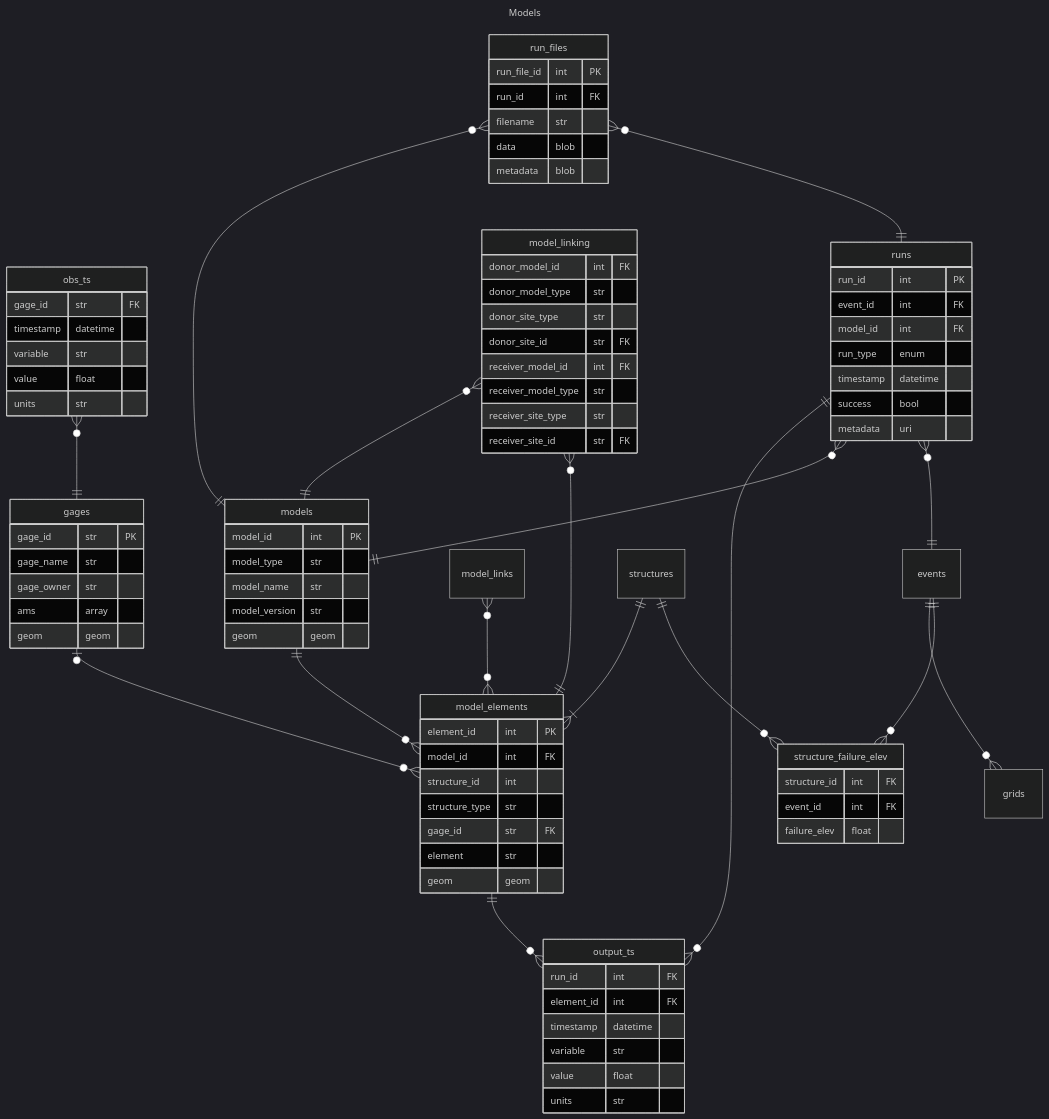
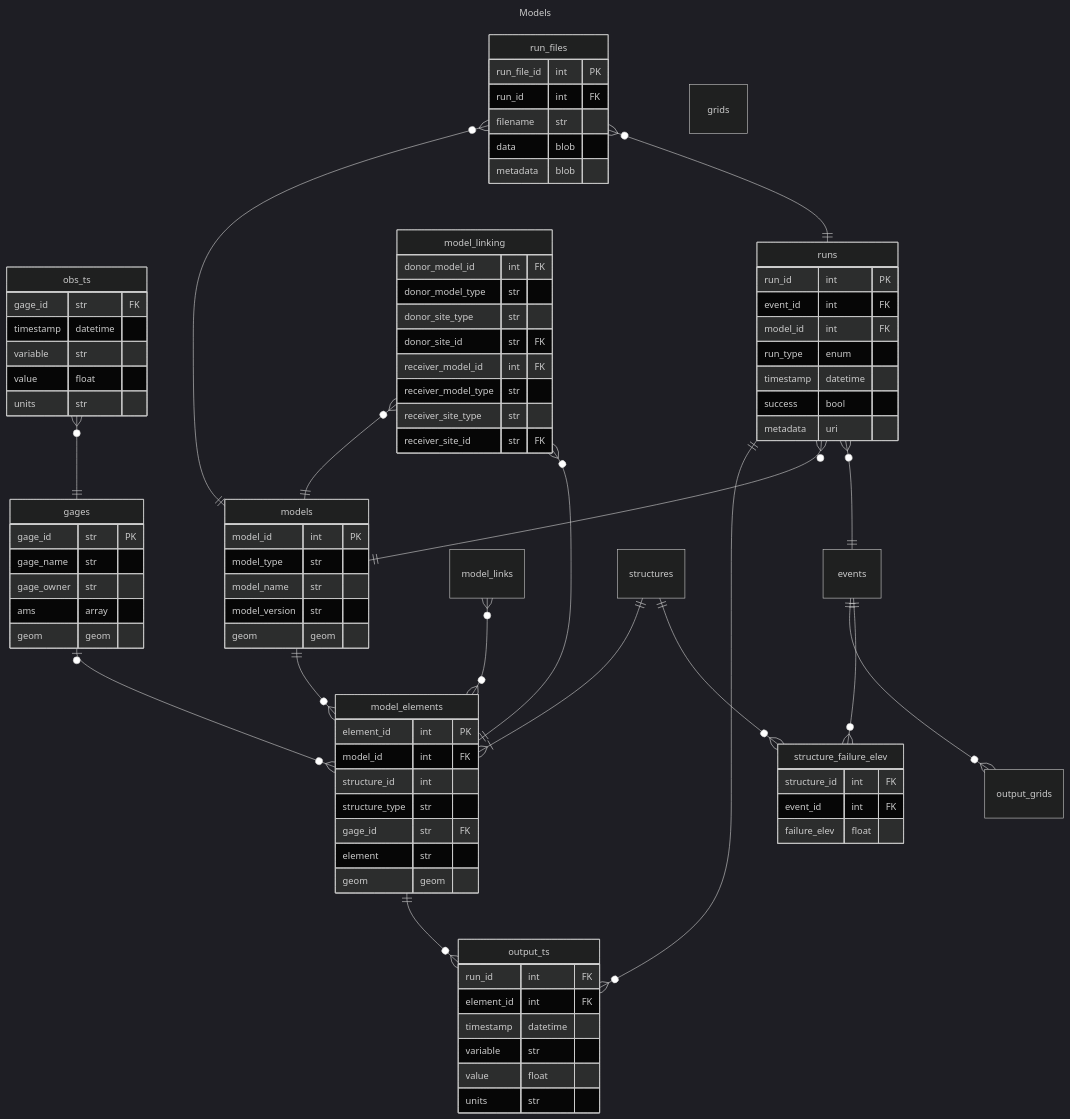
Before and after one commit to fema-ffrd/ffrd-data-model: the diagram in rdb/models.mmd, drawn with Mermaid (dark theme). The commit also changed 3 other files, not shown here.

Commit message:
obs and output grids tables

```diff
--- a/rdb/models.mmd
+++ b/rdb/models.mmd
@@ -1,98 +1,100 @@
 ---
 title: Models
 ---
 
 erDiagram
 
     obs_ts }o--|| gages : ""
     models ||--o{ model_elements : ""
     model_elements ||--o{ output_ts : ""
     model_links }o--o{ model_elements : ""
     run_files }o--|| models : ""
     run_files }o--|| runs : ""
     gages |o--o{ model_elements : ""
     runs ||--o{ output_ts : ""
-    events ||--o{ grids : ""
+    events ||--o{ output_grids : ""
     structures ||--|{ model_elements : ""
     structures ||--o{ structure_failure_elev : ""
     events ||--o{ structure_failure_elev : ""
     runs }o--|| models : ""
     runs }o--|| events : ""
     model_linking }o--|| models : ""
     model_linking }o--|| model_elements : ""
 
     events {
        }
     gages {
         gage_id str PK
         gage_name str
         gage_owner str
         ams array
         geom geom
     }
     models {
         model_id int PK
         model_type str
         model_name str
         model_version str
         geom geom
     }
     model_elements {
         element_id int PK
         model_id int FK
         structure_id int
         structure_type str
         gage_id str FK
         element str
         geom geom
     }
     model_linking {
         donor_model_id int FK
         donor_model_type str
         donor_site_type str
         donor_site_id str FK
         receiver_model_id int FK
         receiver_model_type str
         receiver_site_type str
         receiver_site_id str FK
     }
     run_files {
         run_file_id int PK
         run_id int FK
         filename str
         data blob
         metadata blob
     }
     output_ts {
         run_id int FK
         element_id int FK
         timestamp datetime
         variable str
         value float
         units str
     }
     grids {
     }
+    output_grids {
+    }
     obs_ts {
         gage_id str FK
         timestamp datetime
         variable str
         value float
         units str
     }
     structures {
     }
     runs {
         run_id int PK
         event_id int FK
         model_id int FK
         run_type enum
         timestamp datetime
         success bool
         metadata uri
     }
     structure_failure_elev {
         structure_id int FK
         event_id int FK
         failure_elev float
     }
```
